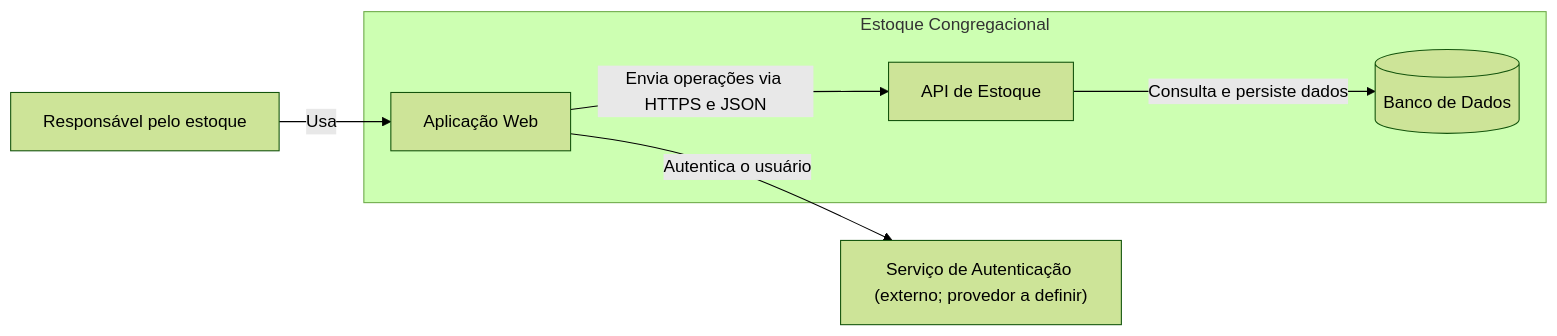
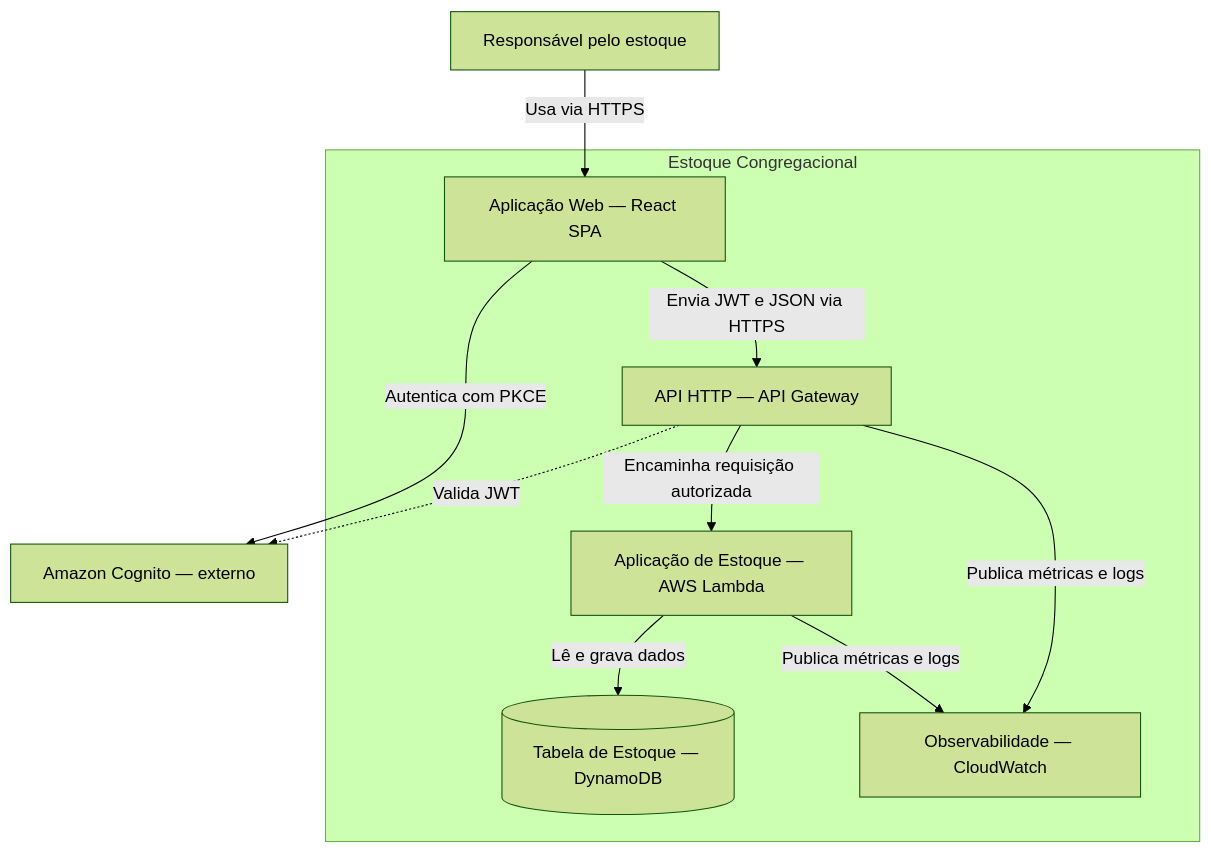
The first of 2 diagrams in README.md (TiagoAlves14/estoque-congregacional), drawn with Mermaid (forest theme) before and after one commit. The commit also changed other lines of this file and 27 other files, not shown here.

````diff
--- a/README.md
+++ b/README.md
@@ -86,16 +58,22 @@
 ```mermaid
-flowchart LR
+flowchart TB
     usuario["Responsável pelo estoque"]
-    autenticacao["Serviço de Autenticação (externo; provedor a definir)"]
+    cognito["Amazon Cognito — externo"]
 
     subgraph sistema["Estoque Congregacional"]
-        web["Aplicação Web"]
-        api["API de Estoque"]
-        banco[("Banco de Dados")]
+        web["Aplicação Web — React SPA"]
+        gateway["API HTTP — API Gateway"]
+        backend["Aplicação de Estoque — AWS Lambda"]
+        banco[("Tabela de Estoque — DynamoDB")]
+        observabilidade["Observabilidade — CloudWatch"]
     end
 
-    usuario -->|Usa| web
-    web -->|Autentica o usuário| autenticacao
-    web -->|Envia operações via HTTPS e JSON| api
-    api -->|Consulta e persiste dados| banco
+    usuario -->|Usa via HTTPS| web
+    web -->|Autentica com PKCE| cognito
+    web -->|Envia JWT e JSON via HTTPS| gateway
+    gateway -.->|Valida JWT| cognito
+    gateway -->|Encaminha requisição autorizada| backend
+    backend -->|Lê e grava dados| banco
+    gateway -->|Publica métricas e logs| observabilidade
+    backend -->|Publica métricas e logs| observabilidade
 ```
````
